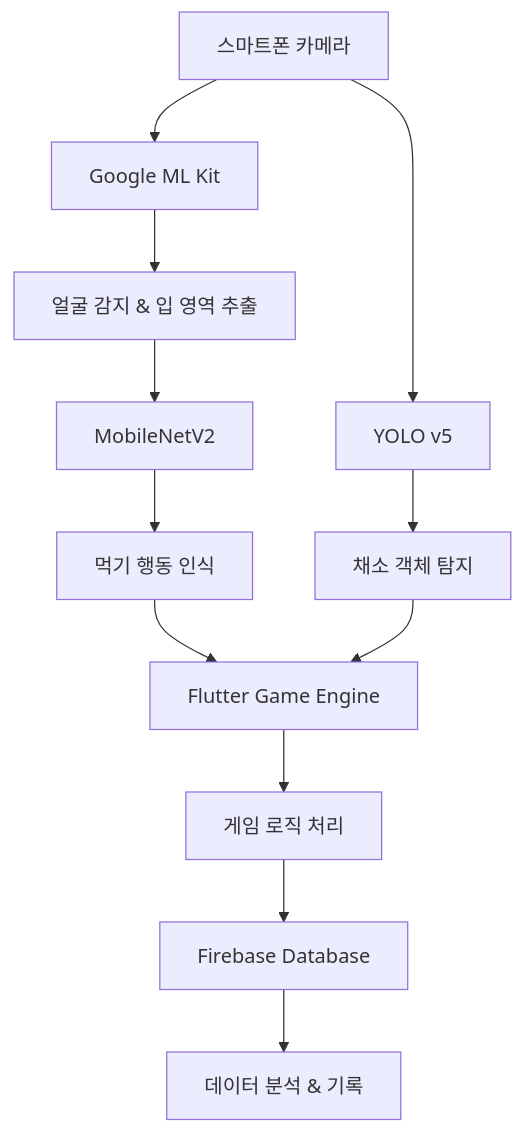
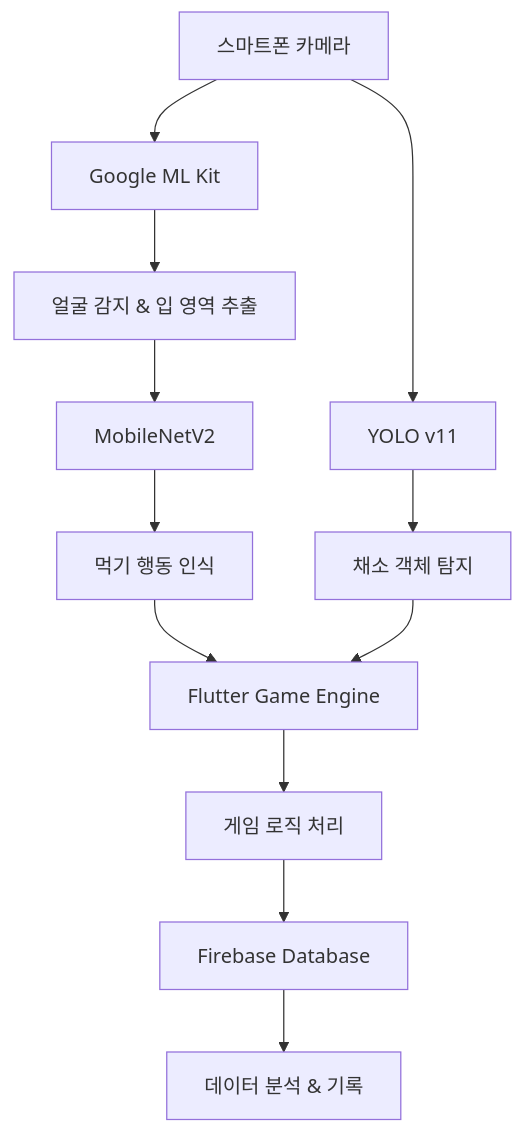
Before and after one commit to s0jeong/FoodHabitGame: the diagram in README.md, drawn with Mermaid. The commit also changed other lines of this file, not shown here.

````diff
--- a/README.md
+++ b/README.md
@@ -76,16 +76,16 @@
 ```mermaid
 graph TD
     A[스마트폰 카메라] --> B[Google ML Kit]
     B --> C[얼굴 감지 & 입 영역 추출]
     C --> D[MobileNetV2]
     D --> E[먹기 행동 인식]
     
-    A --> F[YOLO v5]
+    A --> F[YOLO v11]
     F --> G[채소 객체 탐지]
     
     E --> H[Flutter Game Engine]
     G --> H
     H --> I[게임 로직 처리]
     I --> J[Firebase Database]
     J --> K[데이터 분석 & 기록]
 ```
````
